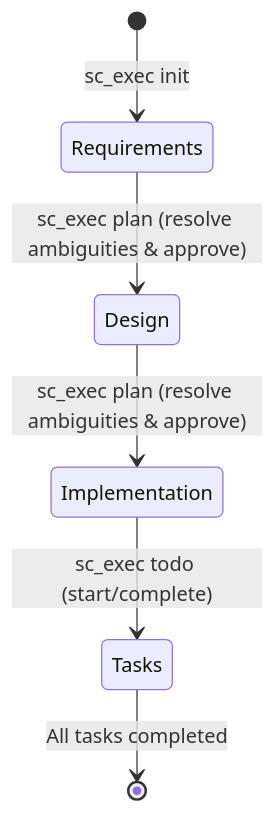
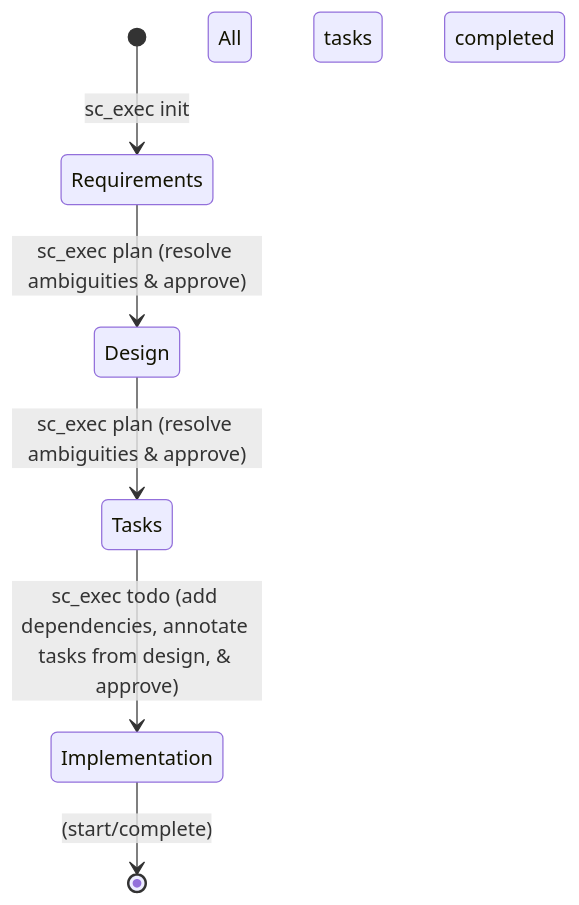
One commit to benjamesmurray/mcp-spec-cli changed the diagram in README.md. Above: the diagram before and after it, drawn with Mermaid. The commit also changed 2 other files, not shown here.

Commit message:
feat: add integration test for workflow state transitions and update README

````diff
--- a/README.md
+++ b/README.md
@@ -23,8 +23,9 @@
 ```mermaid
 stateDiagram-v2
     [*] --> Requirements: sc_exec init
     Requirements --> Design: sc_exec plan (resolve ambiguities & approve)
-    Design --> Implementation: sc_exec plan (resolve ambiguities & approve)
-    Implementation --> Tasks: sc_exec todo (start/complete)
-    Tasks --> [*]: All tasks completed
+    Design --> Tasks: sc_exec plan (resolve ambiguities & approve)
+    Tasks  --> Implementation: sc_exec todo (add dependencies, annotate tasks from design, & approve)
+    Implementation --> [*]: (start/complete) 
+    All tasks completed
 ```
````
